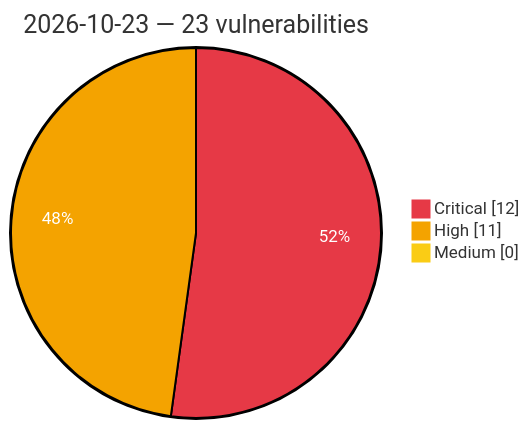
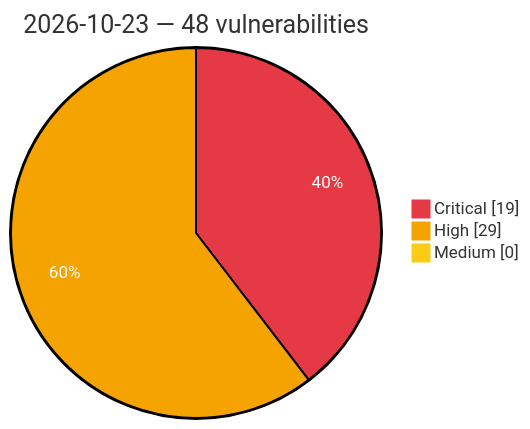
One commit to GhostX0X/vuln-tracker changed the diagram in vulnerabilities/2026/October/2026-10-23.md. Above: the diagram before and after it, drawn with Mermaid. The commit also changed other lines of this file and 5 other files, not shown here.

Commit message:
Auto update: critical/high vulns (2026-10-23 15:45 UTC)

````diff
--- a/vulnerabilities/2026/October/2026-10-23.md
+++ b/vulnerabilities/2026/October/2026-10-23.md
@@ -3,8 +3,8 @@
 ```mermaid
 %%{init: {'theme':'base', 'themeVariables': {'pie1':'#e63946', 'pie2':'#f4a300', 'pie3':'#facc15', 'pieOpacity':'1', 'pieOuterStrokeWidth':'2px', 'pieSectionTextColor':'#ffffff'}}}%%
 pie showData
-    title 2026-10-23 — 23 vulnerabilities
-    "Critical" : 12
-    "High" : 11
+    title 2026-10-23 — 48 vulnerabilities
+    "Critical" : 19
+    "High" : 29
     "Medium" : 0
 ```
````
